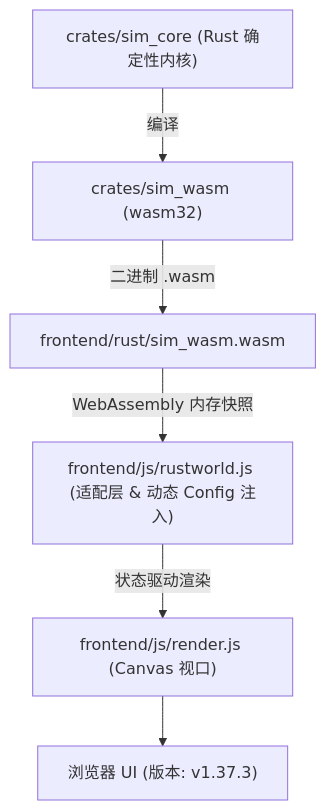
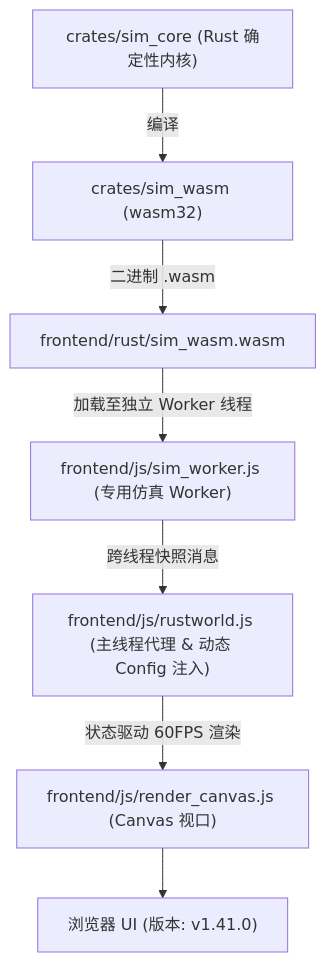
One commit to g39088902/FlowAndAccord changed the diagram in AGENTS.md. Above: the diagram before and after it, drawn with Mermaid. The commit also changed other lines of this file and 57 other files, not shown here.

````diff
--- a/AGENTS.md
+++ b/AGENTS.md
@@ -51,8 +53,9 @@
 ```mermaid
 graph TD
     A["crates/sim_core (Rust 确定性内核)"] -->|编译| B["crates/sim_wasm (wasm32)"]
     B -->|二进制 .wasm| C["frontend/rust/sim_wasm.wasm"]
-    C -->|WebAssembly 内存快照| D["frontend/js/rustworld.js (适配层 & 动态 Config 注入)"]
-    D -->|状态驱动渲染| E["frontend/js/render.js (Canvas 视口)"]
-    E --> F["浏览器 UI (版本: v1.37.3)"]
+    C -->|加载至独立 Worker 线程| D["frontend/js/sim_worker.js (专用仿真 Worker)"]
+    D -->|跨线程快照消息| E["frontend/js/rustworld.js (主线程代理 & 动态 Config 注入)"]
+    E -->|状态驱动 60FPS 渲染| F["frontend/js/render_canvas.js (Canvas 视口)"]
+    F --> G["浏览器 UI (版本: v1.41.0)"]
 ```
````
